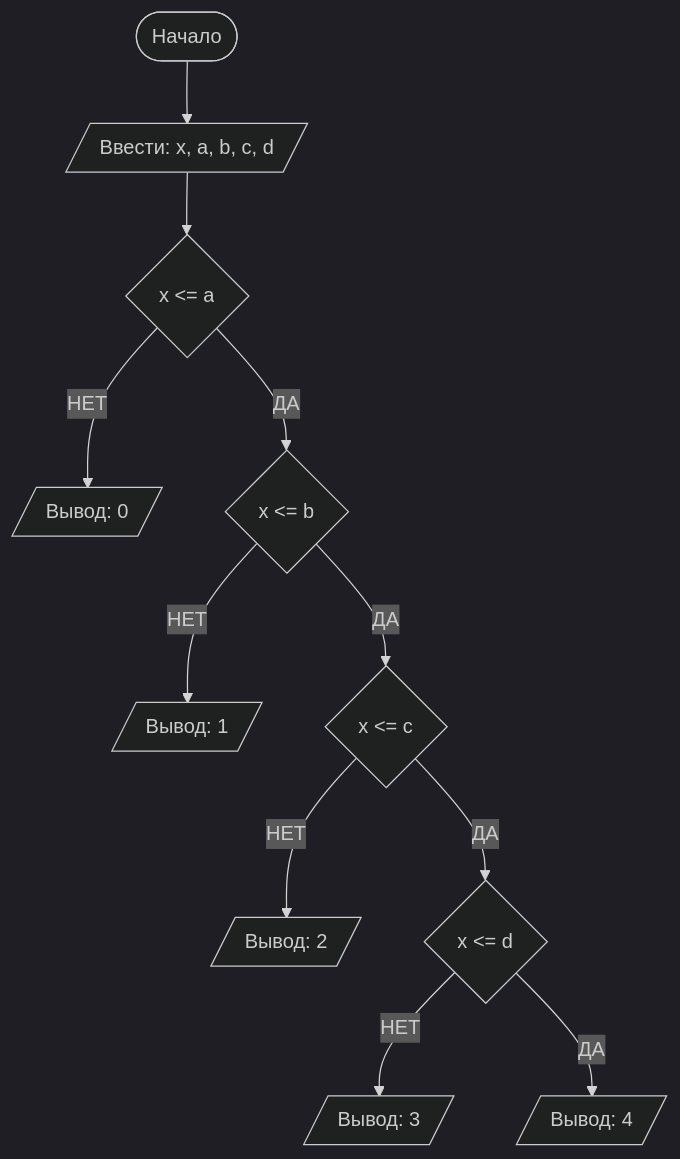
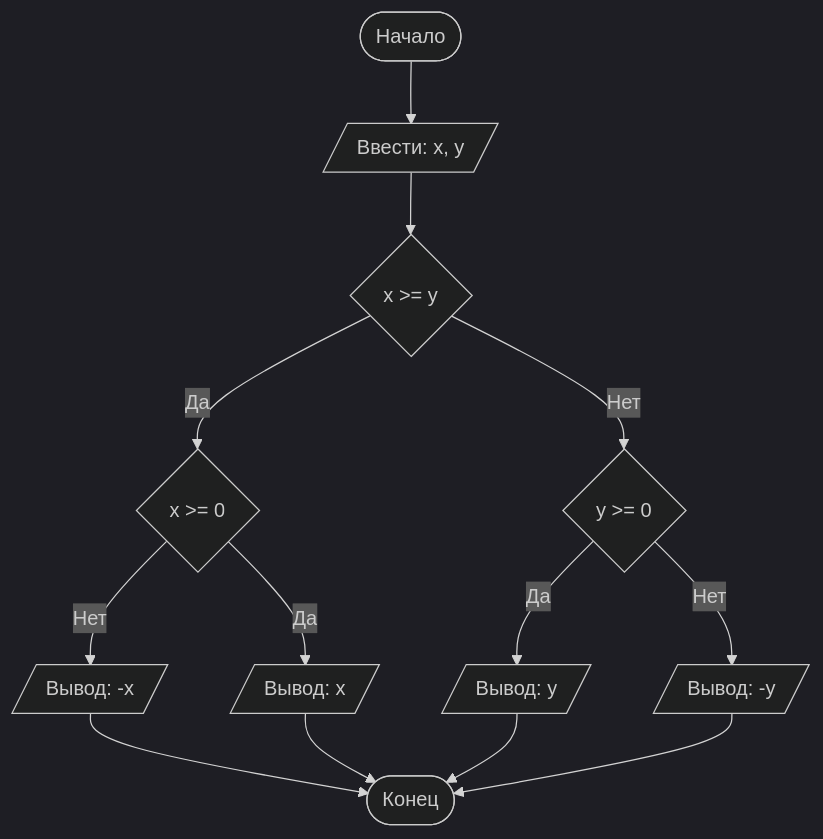
The diagram in README.md (abihuf/lab1), drawn with Mermaid (dark theme) before and after one commit. The commit also changed other lines of this file, not shown here.

````diff
--- a/README.md
+++ b/README.md
@@ -76,14 +91,16 @@
 ```mermaid
 graph TD
-    A([Начало]) --> B[/Ввести: x, a, b, c, d/]
-    B --> C{x <= a}
-    C -- НЕТ --> D[/Вывод: 0/]
-    C -- ДА --> E{x <= b}
-    E -- НЕТ --> F[/Вывод: 1/]
-    E -- ДА --> G{x <= c}
-    G -- НЕТ--> H[/Вывод: 2/]
-    G -- ДА --> I{x <= d}
-    I -- НЕТ --> J[/Вывод: 3/]
-    I -- ДА --> K[/Вывод: 4/]
+    A([Начало]) --> B[/Ввести: x, y/]
+    B --> C{x >= y}
+    C -- Нет --> D{y >= 0}
+    D -- Нет --> E[/Вывод: -y/]
+    D -- Да --> H[/Вывод: y/]
+    C -- Да --> I{x >= 0}
+    I -- Нет --> J[/Вывод: -x/]
+    I -- Да --> K[/Вывод: x/]
+    J --> Z
+    K --> Z
+    H --> Z
+    E --> Z([Конец])
 
 ```
````
